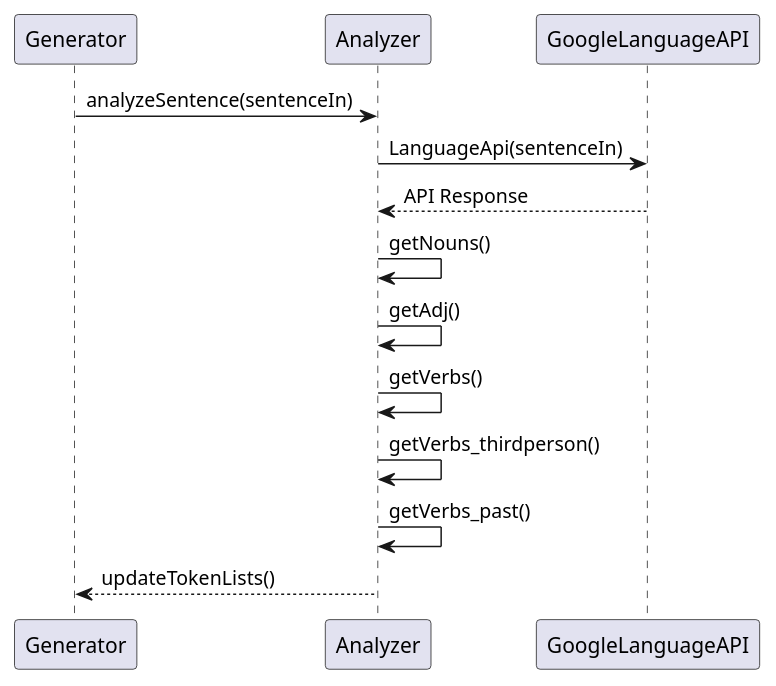
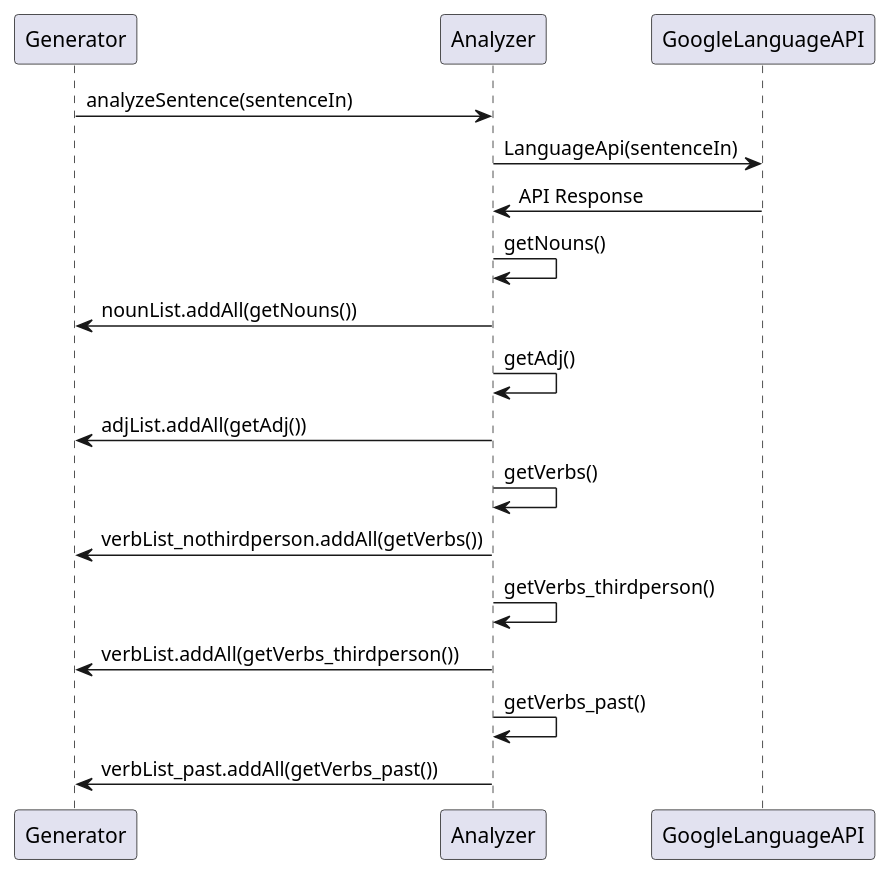
The diagram in UML_graph/Internal/InternalAnalyzer.puml (FedeRio-Biscotto/nosensegenerator), drawn with PlantUML before and after one commit. The commit also changed 3 other files, not shown here.

```diff
--- a/UML_graph/Internal/InternalAnalyzer.puml
+++ b/UML_graph/Internal/InternalAnalyzer.puml
@@ -1,21 +1,25 @@
 @startuml
-
 participant Generator
 participant Analyzer
+participant GoogleLanguageAPI
 
 Generator -> Analyzer : analyzeSentence(sentenceIn)
 Analyzer -> GoogleLanguageAPI : LanguageApi(sentenceIn)
-GoogleLanguageAPI --> Analyzer : API Response
+GoogleLanguageAPI -> Analyzer : API Response
+
 Analyzer -> Analyzer : getNouns()
+Analyzer -> Generator : nounList.addAll(getNouns())
+
 Analyzer -> Analyzer : getAdj()
+Analyzer -> Generator : adjList.addAll(getAdj())
+
 Analyzer -> Analyzer : getVerbs()
+Analyzer -> Generator : verbList_nothirdperson.addAll(getVerbs())
+
 Analyzer -> Analyzer : getVerbs_thirdperson()
+Analyzer -> Generator : verbList.addAll(getVerbs_thirdperson())
+
 Analyzer -> Analyzer : getVerbs_past()
-Analyzer --> Generator : updateTokenLists()
-
-
-
-
-
+Analyzer -> Generator : verbList_past.addAll(getVerbs_past())
 
 @enduml
```
